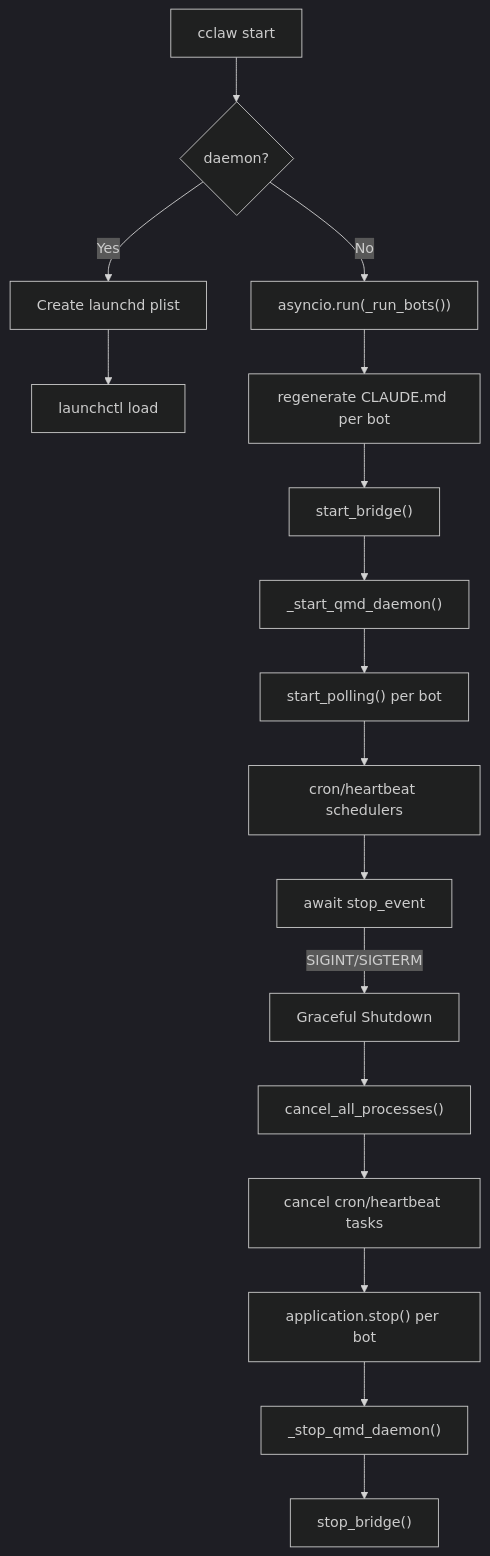
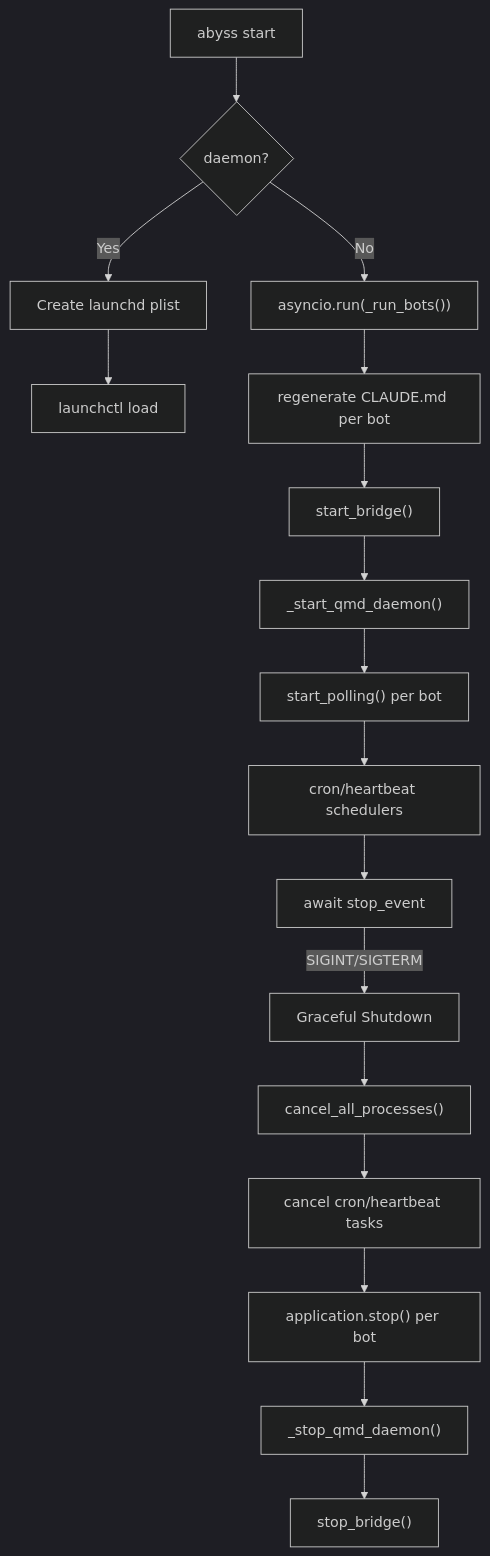
The fourth of 10 diagrams in docs/ARCHITECTURE.md (heg-wtf/abyss), drawn with Mermaid (dark theme) before and after one commit. The commit also changed other lines of this file and 27 other files, not shown here.

````diff
--- a/docs/ARCHITECTURE.md
+++ b/docs/ARCHITECTURE.md
@@ -366,21 +379,21 @@
 ```mermaid
 graph TD
-    START["cclaw start"] --> MODE{daemon?}
+    START["abyss start"] --> MODE{daemon?}
     MODE -->|No| FG["asyncio.run(_run_bots())"]
     MODE -->|Yes| PLIST["Create launchd plist"]
     PLIST --> LOAD["launchctl load"]
 
     FG --> REGEN["regenerate CLAUDE.md per bot"]
     REGEN --> BRIDGE["start_bridge()"]
     BRIDGE --> QMD["_start_qmd_daemon()"]
     QMD --> POLL["start_polling() per bot"]
     POLL --> CRON["cron/heartbeat schedulers"]
     CRON --> WAIT["await stop_event"]
 
     WAIT -->|SIGINT/SIGTERM| SHUT["Graceful Shutdown"]
     SHUT --> K1["cancel_all_processes()"]
     K1 --> K2["cancel cron/heartbeat tasks"]
     K2 --> K3["application.stop() per bot"]
     K3 --> K4["_stop_qmd_daemon()"]
     K4 --> K5["stop_bridge()"]
 ```
````
